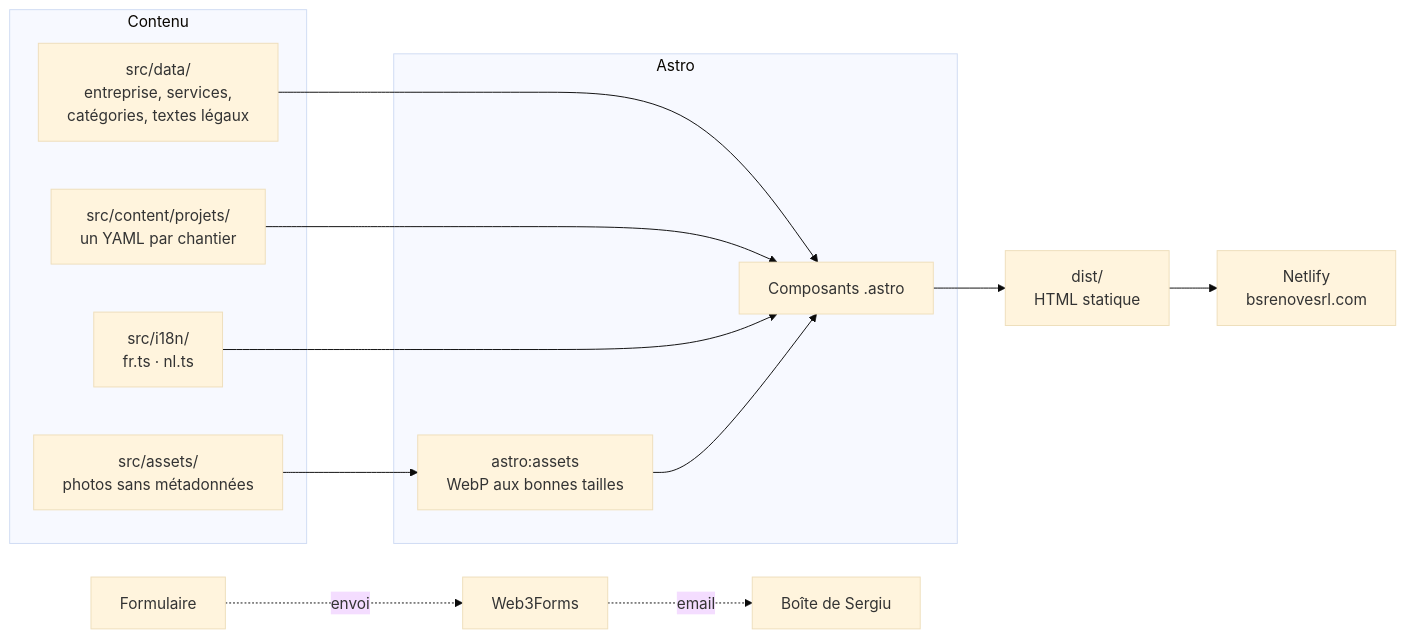
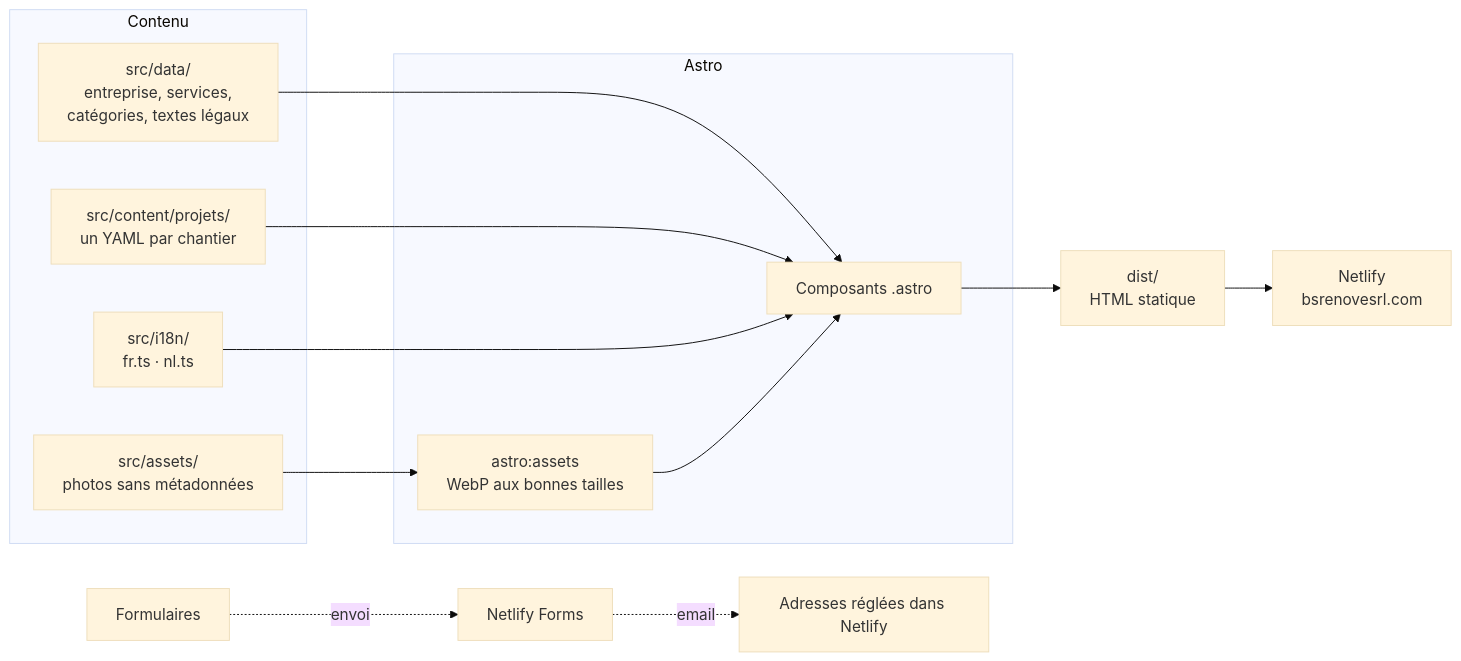
Before and after one commit to ImTheCloud/bs-renove: the diagram in docs/guide-technique.md, drawn with Mermaid (base theme). The commit also changed other lines of this file and 34 other files, not shown here.

Commit message:
Formulaires par Netlify Forms (Web3Forms supprimé), une page par métier pour Google, titres et données structurées, image de partage à jour, code mort retiré

````diff
--- a/docs/guide-technique.md
+++ b/docs/guide-technique.md
@@ -25,20 +21,20 @@
 ```mermaid
 flowchart LR
     subgraph Contenu
         A[src/data/<br/>entreprise, services,<br/>catégories, textes légaux]
         B[src/content/projets/<br/>un YAML par chantier]
         C[src/i18n/<br/>fr.ts · nl.ts]
         D[src/assets/<br/>photos sans métadonnées]
     end
     subgraph Astro
         E[Composants .astro]
         F[astro:assets<br/>WebP aux bonnes tailles]
     end
     A --> E
     B --> E
     C --> E
     D --> F --> E
     E --> G[dist/<br/>HTML statique]
     G --> H[Netlify<br/>bsrenovesrl.com]
-    I[Formulaire] -. envoi .-> J[Web3Forms] -. email .-> K[Boîte de Sergiu]
+    I[Formulaires] -. envoi .-> J[Netlify Forms] -. email .-> K[Adresses réglées dans Netlify]
 ```
````
